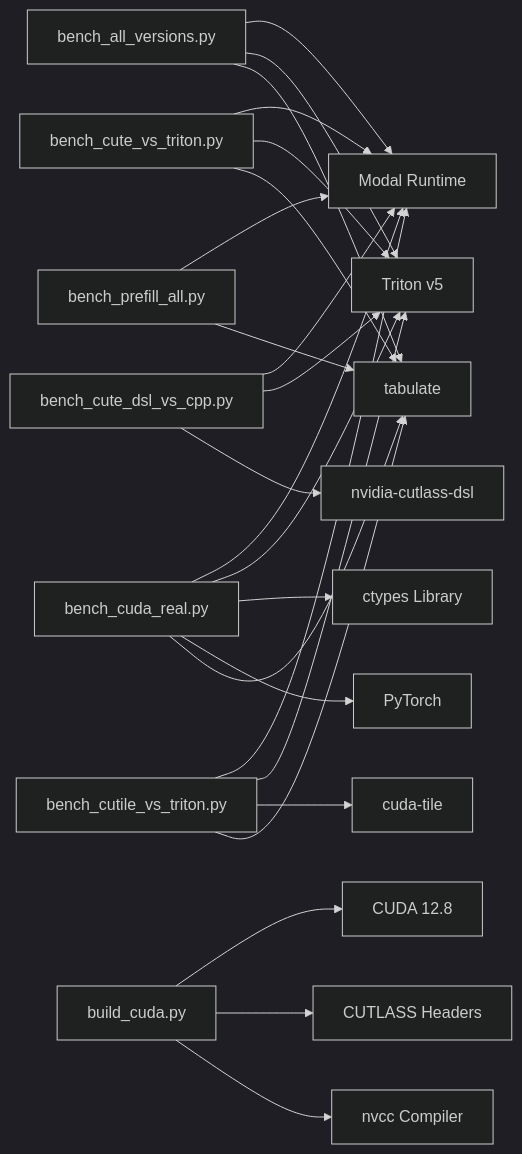
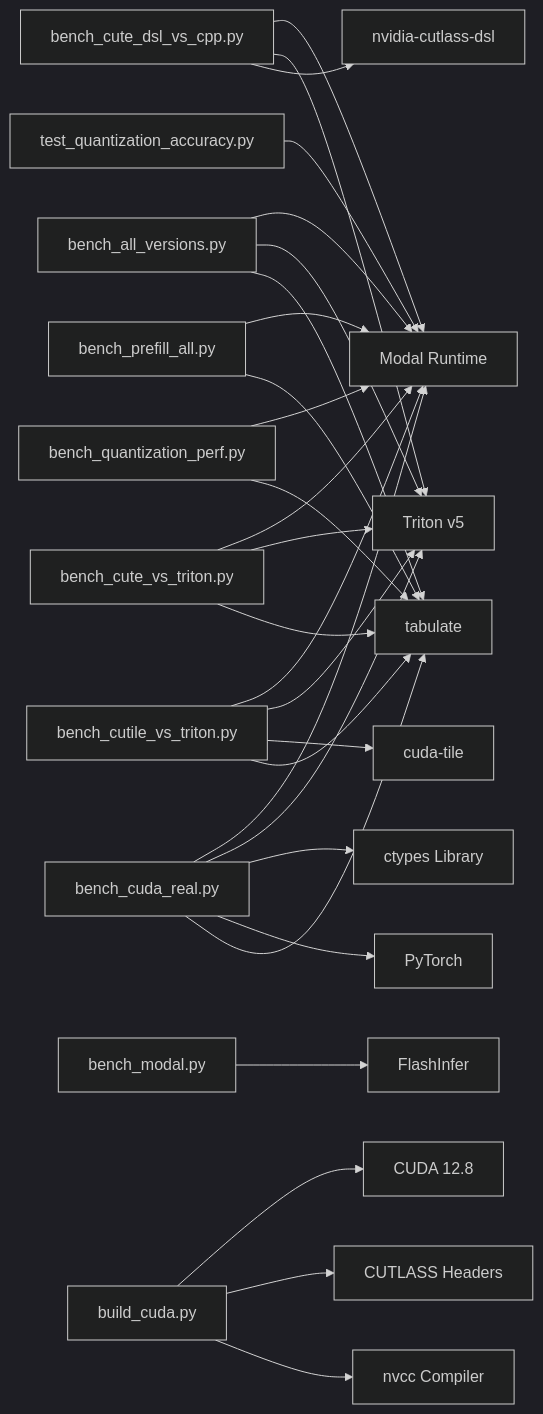
The third of 3 diagrams in .qoder/repowiki/en/content/Benchmarking Framework/Benchmarking Framework.md (gugudeshubao/flashinfer-bench-tma-thrust), drawn with Mermaid (dark theme) before and after one commit. The commit also changed other lines of this file and 5 other files, not shown here.

````diff
--- a/.qoder/repowiki/en/content/Benchmarking Framework/Benchmarking Framework.md
+++ b/.qoder/repowiki/en/content/Benchmarking Framework/Benchmarking Framework.md
@@ -484,26 +600,30 @@
 ```mermaid
 graph LR
 BAV["bench_all_versions.py"] --> MODAL["Modal Runtime"]
 BCR["bench_cuda_real.py"] --> MODAL
 BCT["bench_cute_vs_triton.py"] --> MODAL
 BCD["bench_cute_dsl_vs_cpp.py"] --> MODAL
 BCL["bench_cutile_vs_triton.py"] --> MODAL
 BPA["bench_prefill_all.py"] --> MODAL
+BQP["bench_quantization_perf.py"] --> MODAL
+BM["bench_modal.py"] --> FLASHINFER["FlashInfer"]
+TQA["test_quantization_accuracy.py"] --> MODAL
 BC["build_cuda.py"] --> CUDA["CUDA 12.8"]
 BC --> CUTLASS["CUTLASS Headers"]
 BC --> NVCC["nvcc Compiler"]
 BAV --> TRITON["Triton v5"]
 BCR --> TRITON
 BCT --> TRITON
 BCL --> TRITON
 BCD --> TRITON
 BCD --> CUTLASS_DSL["nvidia-cutlass-dsl"]
 BCL --> CUTILE["cuda-tile"]
 BCR --> CTYPES["ctypes Library"]
 BCR --> PYTORCH["PyTorch"]
 BAV --> TABULATE["tabulate"]
 BCR --> TABULATE
 BCT --> TABULATE
 BCL --> TABULATE
 BPA --> TABULATE
+BQP --> TABULATE
 ```
````
